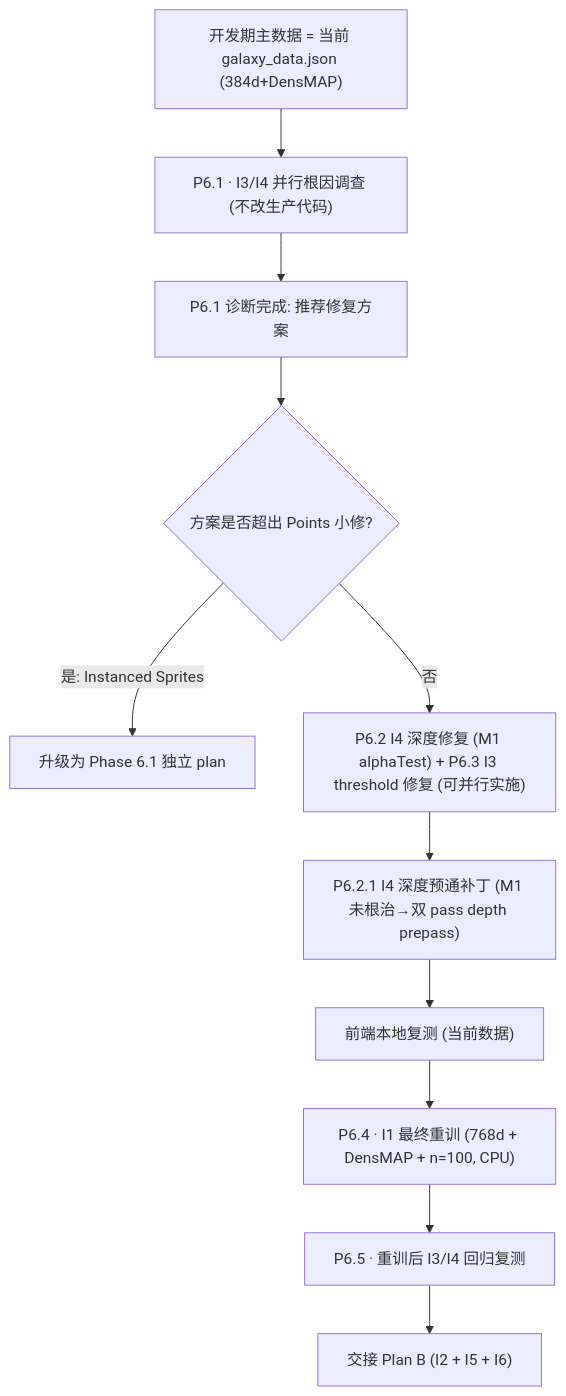
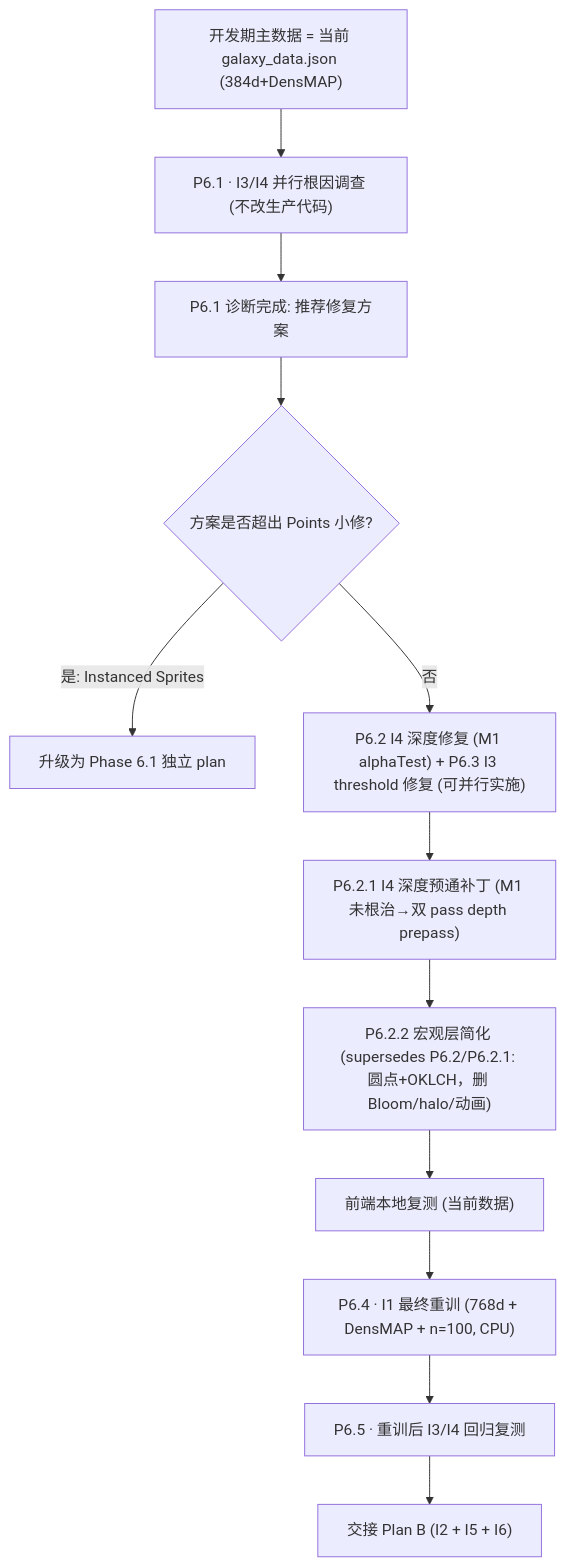
The diagram in .cursor/plans/phase_6_i1_i3_i4_adfb5e1b.plan.md (XYBuilds/chronicle_v3_3d_galaxy), drawn with Mermaid before and after one commit. The commit also changed other lines of this file, not shown here.

````diff
--- a/.cursor/plans/phase_6_i1_i3_i4_adfb5e1b.plan.md
+++ b/.cursor/plans/phase_6_i1_i3_i4_adfb5e1b.plan.md
@@ -42,15 +45,16 @@
 ```mermaid
 flowchart TD
     Start["开发期主数据 = 当前 galaxy_data.json (384d+DensMAP)"]
     Start --> D["P6.1 · I3/I4 并行根因调查 (不改生产代码)"]
     D --> R["P6.1 诊断完成: 推荐修复方案"]
     R --> Escalate{"方案是否超出 Points 小修?"}
     Escalate -->|"是: Instanced Sprites"| P61["升级为 Phase 6.1 独立 plan"]
     Escalate -->|"否"| Fix
     Fix["P6.2 I4 深度修复 (M1 alphaTest) + P6.3 I3 threshold 修复 (可并行实施)"]
     Fix --> P621["P6.2.1 I4 深度预通补丁 (M1 未根治→双 pass depth prepass)"]
-    P621 --> Smoke["前端本地复测 (当前数据)"]
+    P621 --> P622["P6.2.2 宏观层简化 (supersedes P6.2/P6.2.1: 圆点+OKLCH，删 Bloom/halo/动画)"]
+    P622 --> Smoke["前端本地复测 (当前数据)"]
     Smoke --> Retrain["P6.4 · I1 最终重训 (768d + DensMAP + n=100, CPU)"]
     Retrain --> Regress["P6.5 · 重训后 I3/I4 回归复测"]
     Regress --> HandoffB["交接 Plan B (I2 + I5 + I6)"]
 ```
````
